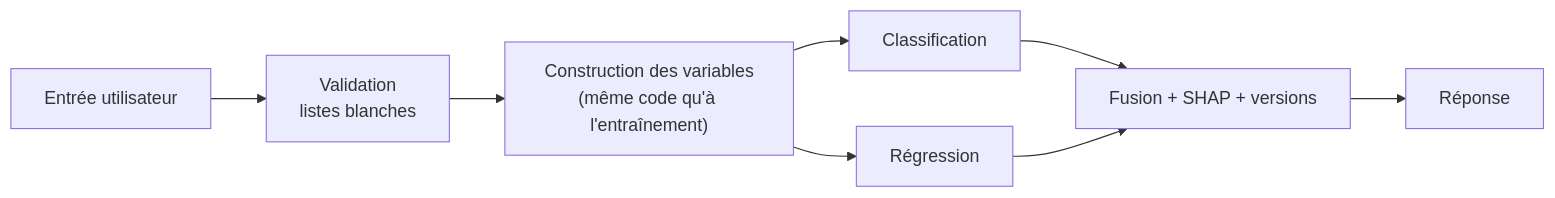
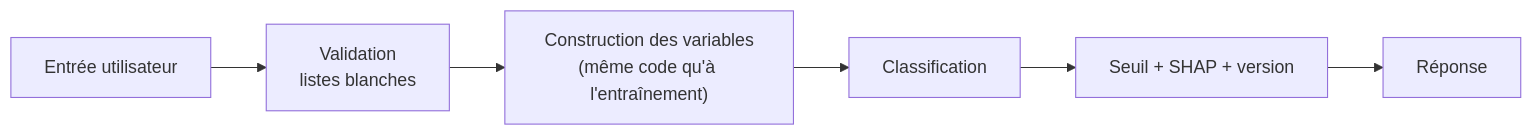
Before and after one commit to khaoula-mechria/whereismyplane: the third of 3 diagrams in docs/02-architecture/diagrams/dataflow.md, drawn with Mermaid. The commit also changed 31 other files, not shown here.

````diff
--- a/docs/02-architecture/diagrams/dataflow.md
+++ b/docs/02-architecture/diagrams/dataflow.md
@@ -43,10 +43,8 @@
 ```mermaid
 flowchart LR
     in["Entrée utilisateur"] --> val["Validation<br/>listes blanches"]
     val --> fe["Construction des variables<br/>(même code qu'à l'entraînement)"]
     fe --> c["Classification"]
-    fe --> r["Régression"]
-    c --> merge["Fusion + SHAP + versions"]
-    r --> merge
+    c --> merge["Seuil + SHAP + version"]
     merge --> out["Réponse"]
 ```
````
